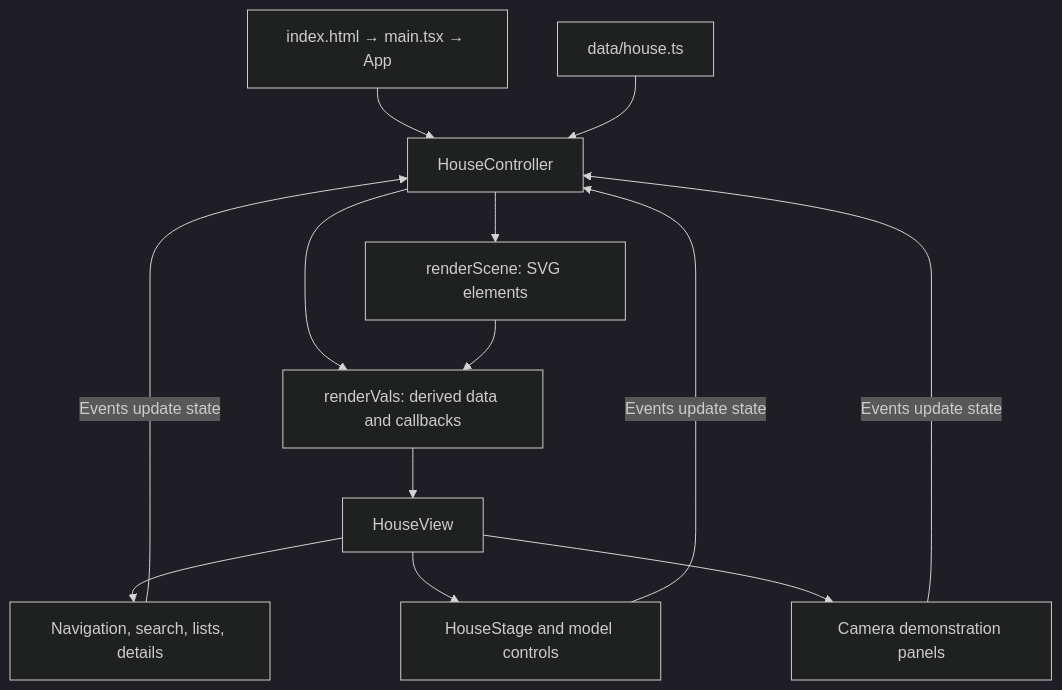
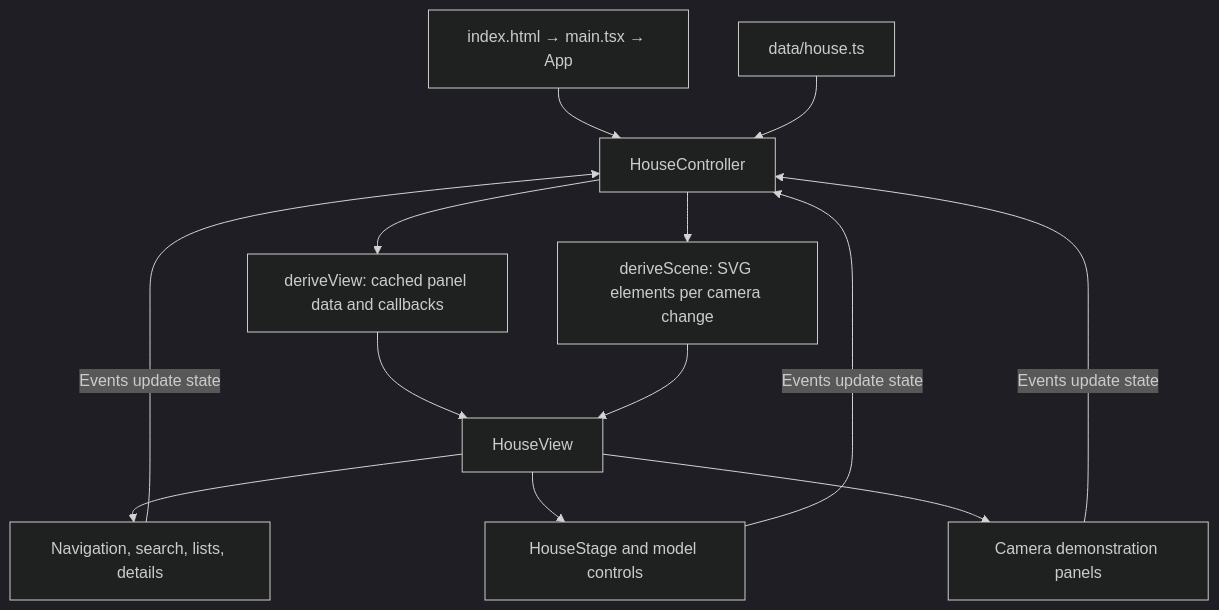
Before and after one commit to KrishnaKumar-BAESS/SmartHome: the second of 2 diagrams in docs/architecture.md, drawn with Mermaid (dark theme). The commit also changed other lines of this file and 10 other files, not shown here.

````diff
--- a/docs/architecture.md
+++ b/docs/architecture.md
@@ -50,15 +50,15 @@
 ```mermaid
 flowchart TD
   Entry["index.html → main.tsx → App"] --> Controller["HouseController"]
   Data["data/house.ts"] --> Controller
-  Controller --> Values["renderVals: derived data and callbacks"]
-  Controller --> Scene["renderScene: SVG elements"]
-  Scene --> Values
+  Controller --> Values["deriveView: cached panel data and callbacks"]
+  Controller --> Scene["deriveScene: SVG elements per camera change"]
   Values --> View["HouseView"]
+  Scene --> View
   View --> Shell["Navigation, search, lists, details"]
   View --> Stage["HouseStage and model controls"]
   View --> Cameras["Camera demonstration panels"]
   Shell -->|"Events update state"| Controller
   Stage -->|"Events update state"| Controller
   Cameras -->|"Events update state"| Controller
 ```
````
